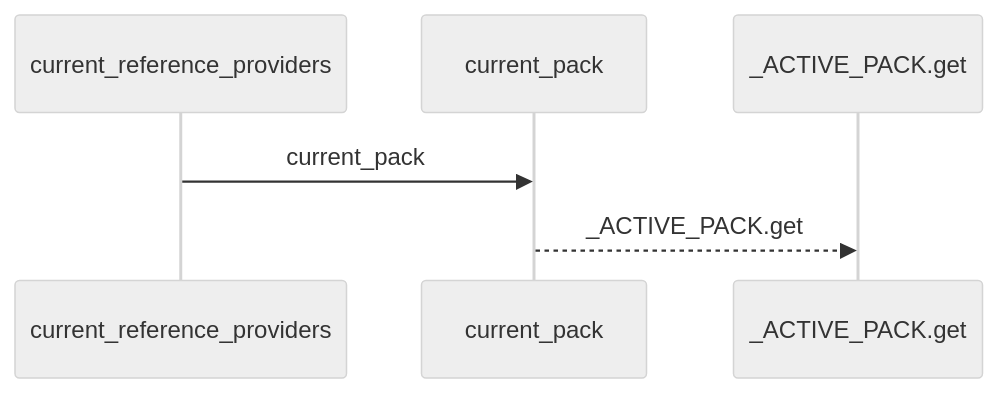
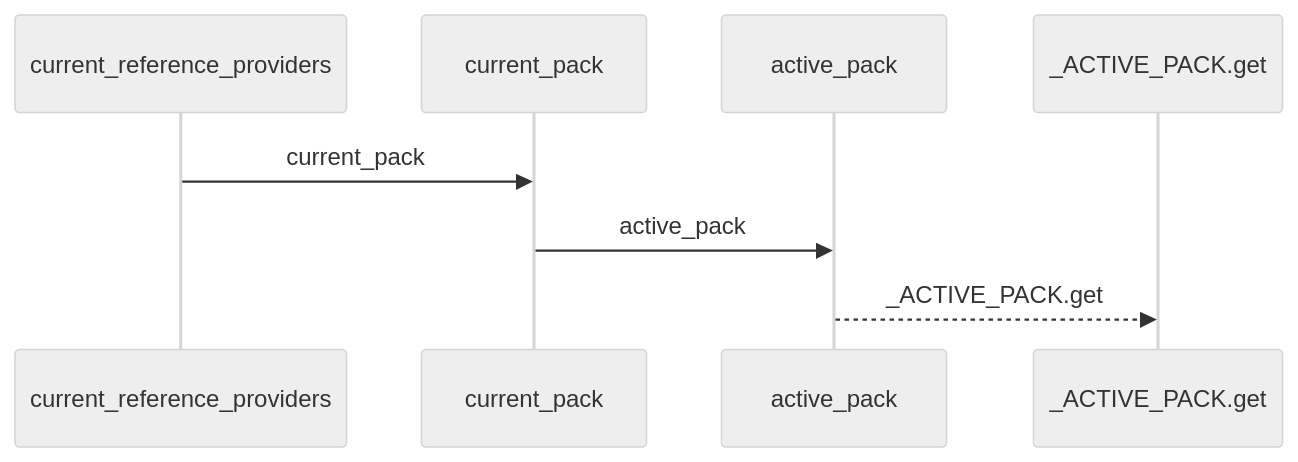
Before and after one commit to Denissvgn/python-wiki-llm: the first of 2 diagrams in docs/llm_wiki/flows/api-current_reference_providers.md, drawn with Mermaid (neutral theme). The commit also changed other lines of this file and 719 other files, not shown here.

````diff
--- a/docs/llm_wiki/flows/api-current_reference_providers.md
+++ b/docs/llm_wiki/flows/api-current_reference_providers.md
@@ -12,8 +12,10 @@
 ```mermaid
 sequenceDiagram
     participant p0 as current_reference_providers
     participant p1 as current_pack
-    participant p2 as _ACTIVE_PACK.get
+    participant p2 as active_pack
+    participant p3 as _ACTIVE_PACK.get
     p0->>p1: current_pack
-    p1-->>p2: _ACTIVE_PACK.get
+    p1->>p2: active_pack
+    p2-->>p3: _ACTIVE_PACK.get
 ```
````
